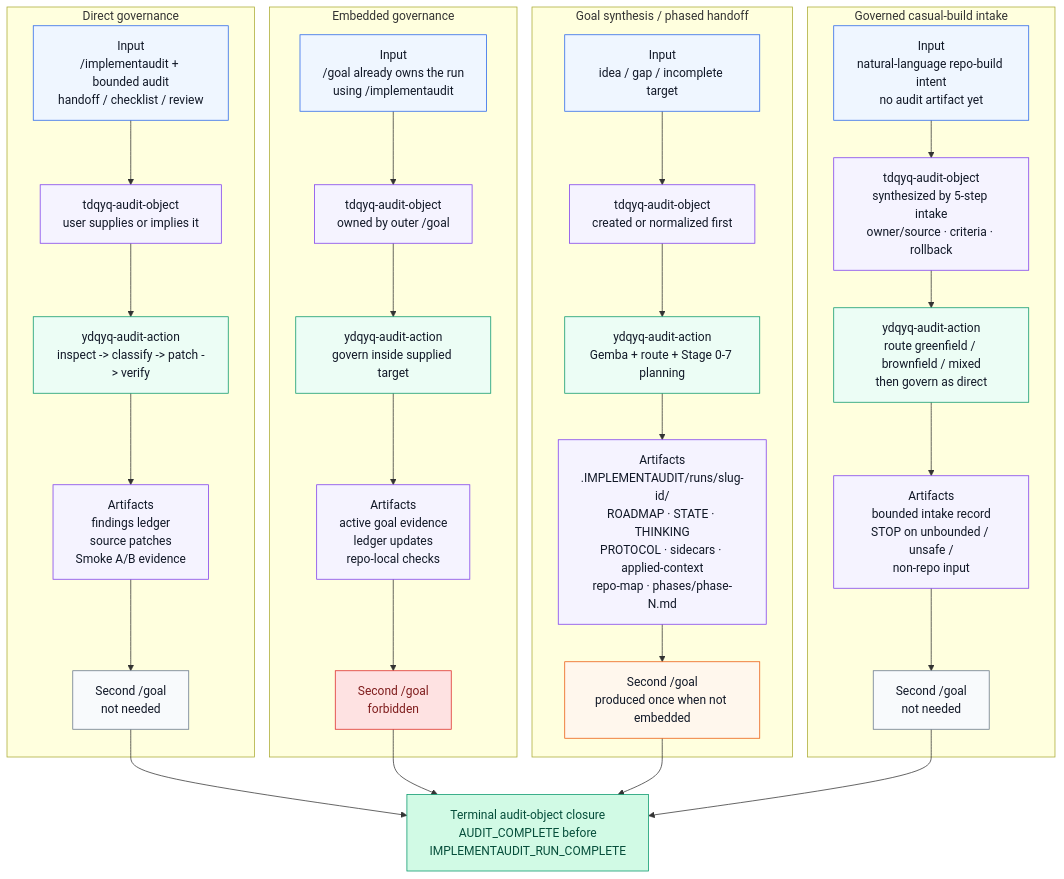
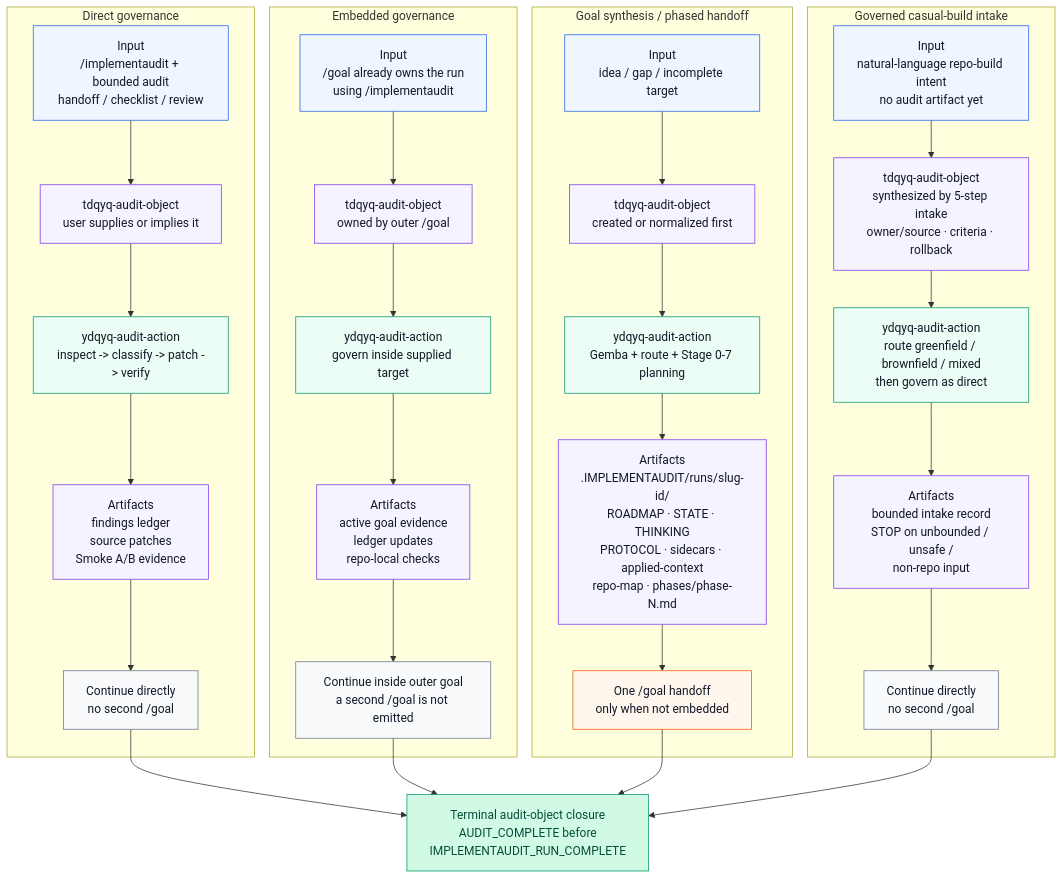
Before and after one commit to theislampill/IMPLEMENTAUDIT.md: the second of 3 diagrams in README.md, drawn with Mermaid. The commit also changed other lines of this file and 29 other files, not shown here.

First line of the commit message:
fix(r29): align public information architecture

````diff
--- a/README.md
+++ b/README.md
@@ -400,53 +377,53 @@
 ```mermaid
 flowchart TB
   Final["Terminal audit-object closure<br/>AUDIT_COMPLETE before<br/>IMPLEMENTAUDIT_RUN_COMPLETE"]:::success
 
   subgraph Direct["Direct governance"]
     DIn["Input<br/>/implementaudit + bounded audit<br/>handoff / checklist / review"]:::input
     DObj["tdqyq-audit-object<br/>user supplies or implies it"]:::artifact
     DLoop["ydqyq-audit-action<br/>inspect -> classify -> patch -> verify"]:::loop
     DArt["Artifacts<br/>findings ledger<br/>source patches<br/>Smoke A/B evidence"]:::artifact
-    DGoal["Second /goal<br/>not needed"]:::boundary
+    DGoal["Continue directly<br/>no second /goal"]:::boundary
     DIn --> DObj --> DLoop --> DArt --> DGoal
   end
 
   subgraph Embedded["Embedded governance"]
     EIn["Input<br/>/goal already owns the run<br/>using /implementaudit"]:::input
     EObj["tdqyq-audit-object<br/>owned by outer /goal"]:::artifact
     ELoop["ydqyq-audit-action<br/>govern inside supplied target"]:::loop
     EArt["Artifacts<br/>active goal evidence<br/>ledger updates<br/>repo-local checks"]:::artifact
-    EGoal["Second /goal<br/>forbidden"]:::blocker
+    EGoal["Continue inside outer goal<br/>a second /goal is not emitted"]:::boundary
     EIn --> EObj --> ELoop --> EArt --> EGoal
   end
 
   subgraph Synthesis["Goal synthesis / phased handoff"]
     SIn["Input<br/>idea / gap / incomplete target"]:::input
     SObj["tdqyq-audit-object<br/>created or normalized first"]:::artifact
     SLoop["ydqyq-audit-action<br/>Gemba + route + Stage 0-7 planning"]:::loop
     SArt["Artifacts<br/>.IMPLEMENTAUDIT/runs/slug-id/<br/>ROADMAP · STATE · THINKING<br/>PROTOCOL · sidecars · applied-context<br/>repo-map · phases/phase-N.md"]:::artifact
-    SGoal["Second /goal<br/>produced once when not embedded"]:::handoff
+    SGoal["One /goal handoff<br/>only when not embedded"]:::handoff
     SIn --> SObj --> SLoop --> SArt --> SGoal
   end
 
   subgraph Casual["Governed casual-build intake"]
     CIn["Input<br/>natural-language repo-build intent<br/>no audit artifact yet"]:::input
     CObj["tdqyq-audit-object<br/>synthesized by 5-step intake<br/>owner/source · criteria · rollback"]:::artifact
     CLoop["ydqyq-audit-action<br/>route greenfield / brownfield / mixed<br/>then govern as direct"]:::loop
     CArt["Artifacts<br/>bounded intake record<br/>STOP on unbounded / unsafe /<br/>non-repo input"]:::artifact
-    CGoal["Second /goal<br/>not needed"]:::boundary
+    CGoal["Continue directly<br/>no second /goal"]:::boundary
     CIn --> CObj --> CLoop --> CArt --> CGoal
   end
 
   DGoal --> Final
   EGoal --> Final
   SGoal --> Final
   CGoal --> Final
 
   classDef input fill:#eff6ff,stroke:#2563eb,color:#111827
   classDef loop fill:#ecfdf5,stroke:#059669,color:#111827
   classDef artifact fill:#f5f3ff,stroke:#7c3aed,color:#111827
   classDef boundary fill:#f8fafc,stroke:#64748b,color:#111827
   classDef handoff fill:#fff7ed,stroke:#ea580c,color:#111827
   classDef blocker fill:#fee2e2,stroke:#dc2626,color:#7f1d1d
   classDef success fill:#d1fae5,stroke:#059669,color:#064e3b
 ```
````
